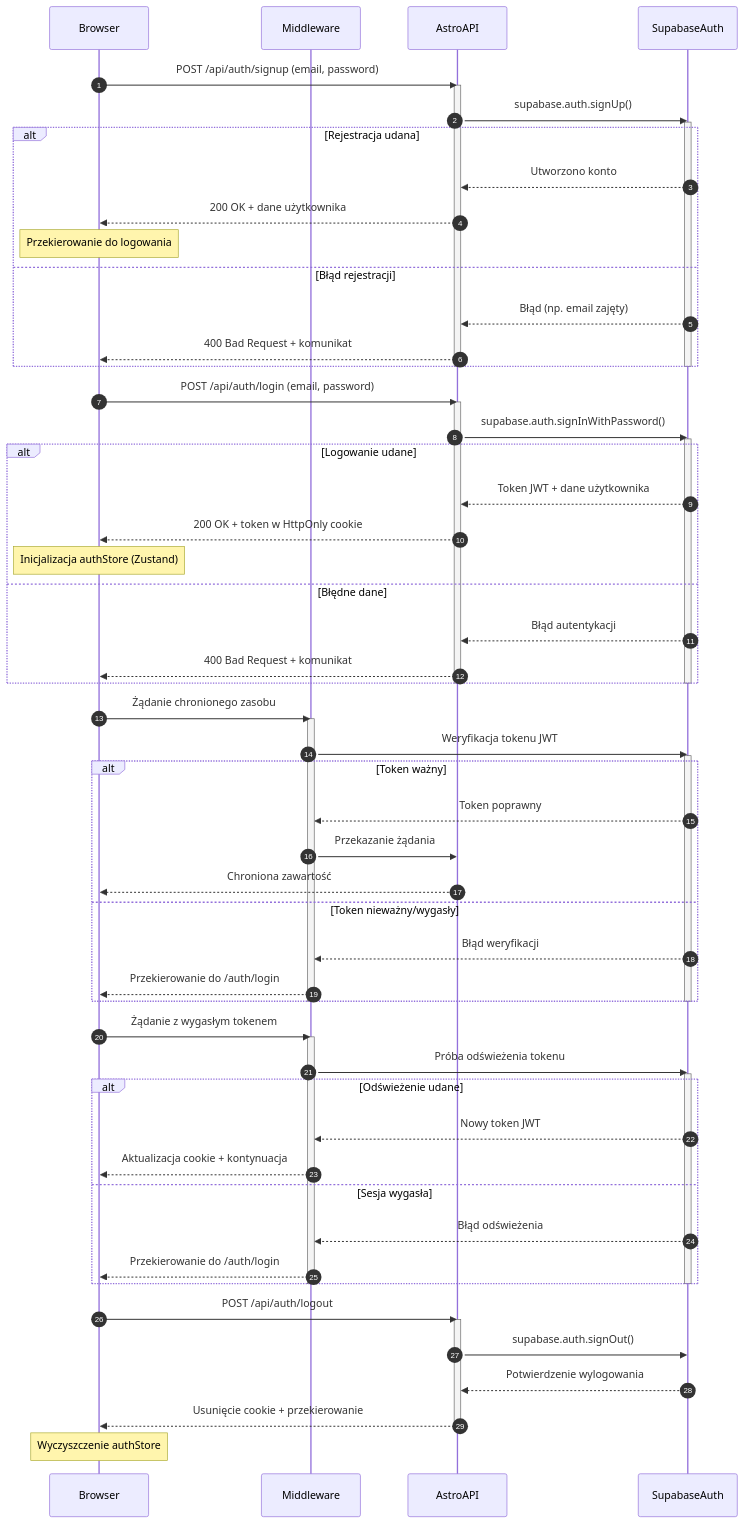
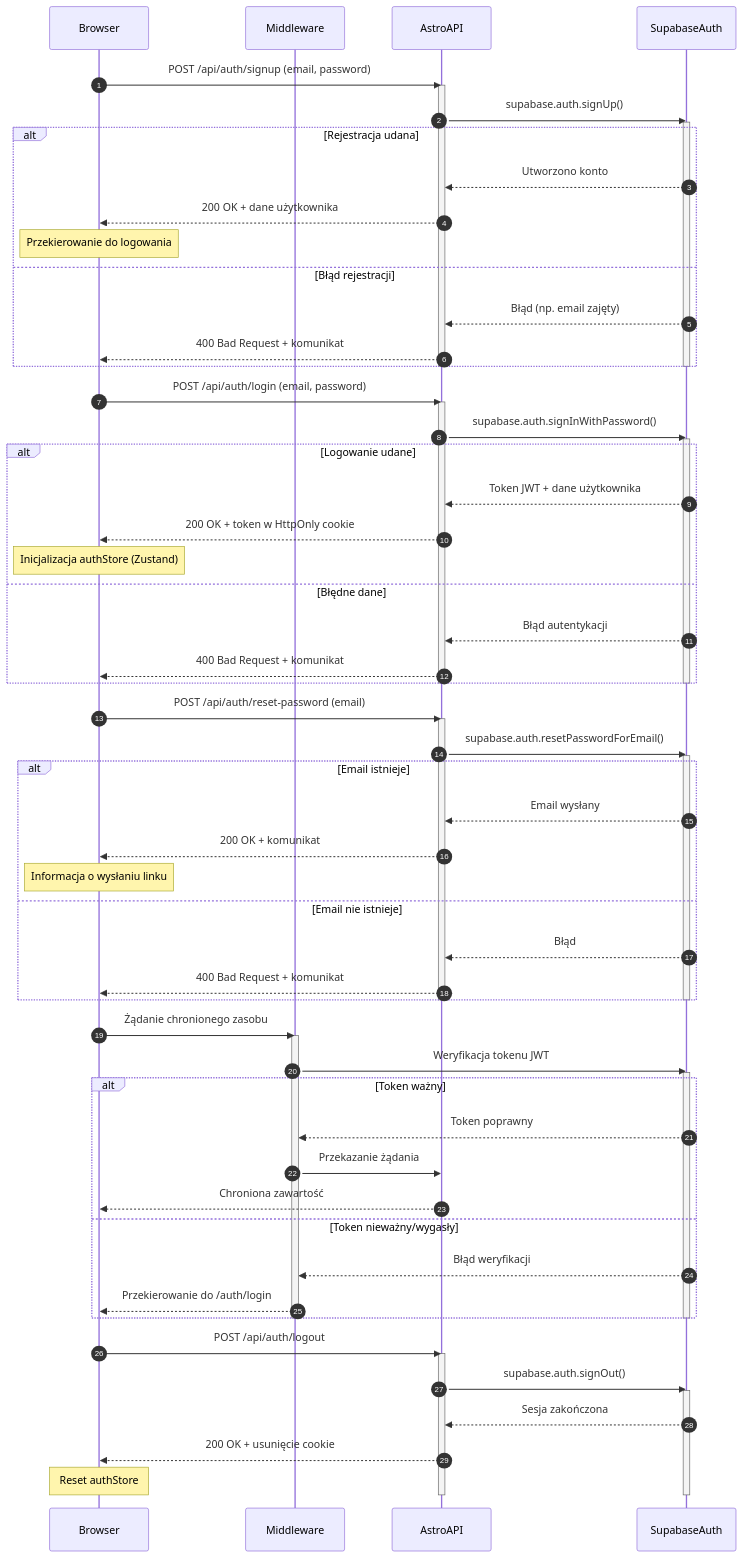
The diagram in .ai/diagrams/auth.md (przeprogramowani/ai-rules-builder), drawn with Mermaid before and after one commit. The commit also changed 4 other files, not shown here.

````diff
--- a/.ai/diagrams/auth.md
+++ b/.ai/diagrams/auth.md
@@ -38,6 +38,22 @@
     deactivate SupabaseAuth
     deactivate AstroAPI
 
+    %% Reset hasła
+    Browser->>AstroAPI: POST /api/auth/reset-password (email)
+    activate AstroAPI
+    AstroAPI->>SupabaseAuth: supabase.auth.resetPasswordForEmail()
+    activate SupabaseAuth
+    alt Email istnieje
+        SupabaseAuth-->>AstroAPI: Email wysłany
+        AstroAPI-->>Browser: 200 OK + komunikat
+        Note over Browser: Informacja o wysłaniu linku
+    else Email nie istnieje
+        SupabaseAuth-->>AstroAPI: Błąd
+        AstroAPI-->>Browser: 400 Bad Request + komunikat
+    end
+    deactivate SupabaseAuth
+    deactivate AstroAPI
+
     %% Dostęp do chronionej zawartości
     Browser->>Middleware: Żądanie chronionego zasobu
     activate Middleware
@@ -54,27 +70,14 @@
     deactivate SupabaseAuth
     deactivate Middleware
 
-    %% Odświeżanie tokenu
-    Browser->>Middleware: Żądanie z wygasłym tokenem
-    activate Middleware
-    Middleware->>SupabaseAuth: Próba odświeżenia tokenu
-    activate SupabaseAuth
-    alt Odświeżenie udane
-        SupabaseAuth-->>Middleware: Nowy token JWT
-        Middleware-->>Browser: Aktualizacja cookie + kontynuacja
-    else Sesja wygasła
-        SupabaseAuth-->>Middleware: Błąd odświeżenia
-        Middleware-->>Browser: Przekierowanie do /auth/login
-    end
-    deactivate SupabaseAuth
-    deactivate Middleware
-
     %% Wylogowanie
     Browser->>AstroAPI: POST /api/auth/logout
     activate AstroAPI
     AstroAPI->>SupabaseAuth: supabase.auth.signOut()
-    SupabaseAuth-->>AstroAPI: Potwierdzenie wylogowania
-    AstroAPI-->>Browser: Usunięcie cookie + przekierowanie
+    activate SupabaseAuth
+    SupabaseAuth-->>AstroAPI: Sesja zakończona
+    AstroAPI-->>Browser: 200 OK + usunięcie cookie
+    Note over Browser: Reset authStore
+    deactivate SupabaseAuth
     deactivate AstroAPI
-    Note over Browser: Wyczyszczenie authStore
 ```
````
